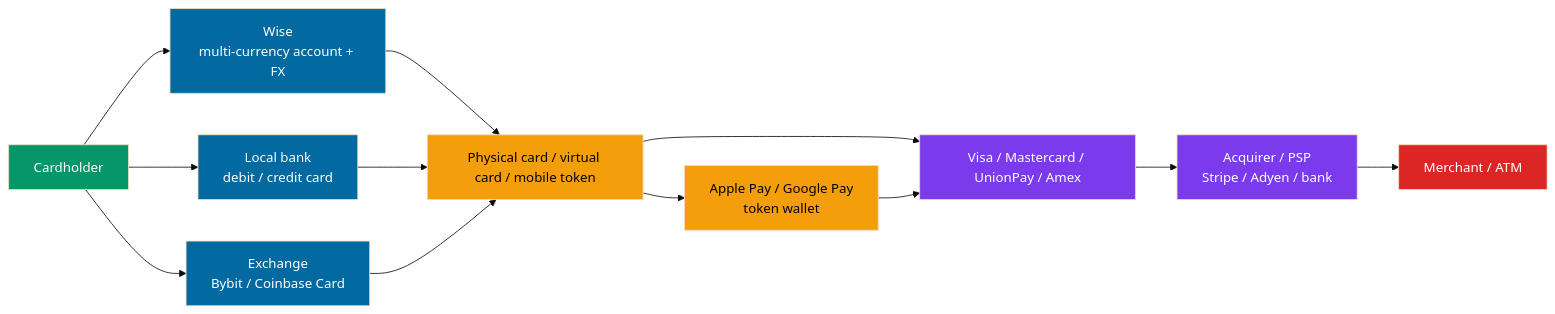
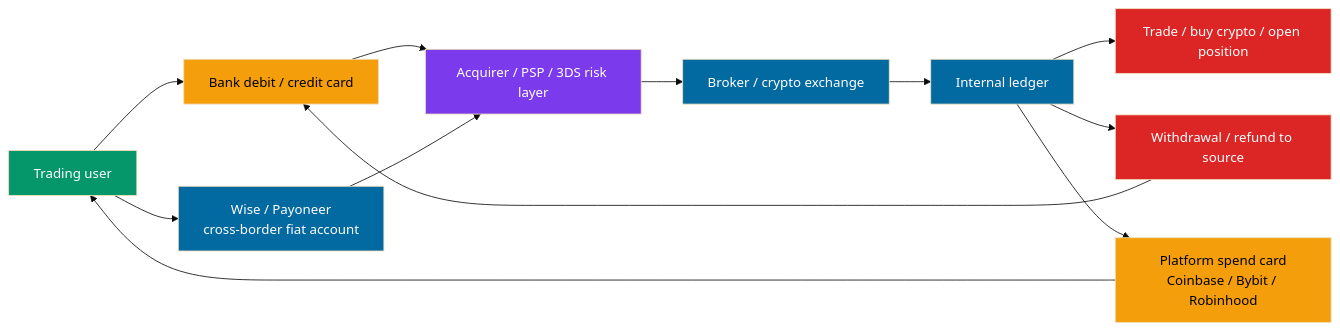
The sixth of 9 diagrams in en/04-relationships/04-visual-graph.md (StrangeXin/trading-platforms-atlas), drawn with Mermaid (base theme) before and after one commit. The commit also changed other lines of this file and 7 other files, not shown here.

````diff
--- a/en/04-relationships/04-visual-graph.md
+++ b/en/04-relationships/04-visual-graph.md
@@ -198,36 +198,30 @@
 ```mermaid
 flowchart LR
-  USER[Cardholder]
-  WISE[Wise<br/>multi-currency account + FX]
-  BANK[Local bank<br/>debit / credit card]
-  CRYPTO[Exchange<br/>Bybit / Coinbase Card]
-  WALLET[Apple Pay / Google Pay<br/>token wallet]
-  CARD[Physical card / virtual card / mobile token]
-  NETWORK[Visa / Mastercard / UnionPay / Amex]
-  ACQ[Acquirer / PSP<br/>Stripe / Adyen / bank]
-  MERCHANT[Merchant / ATM]
+  USER[Trading user]
+  BANKCARD[Bank debit / credit card]
+  WISE[Wise / Payoneer<br/>cross-border fiat account]
+  PSP[Acquirer / PSP / 3DS risk layer]
+  PLATFORM[Broker / crypto exchange]
+  LEDGER[Internal ledger]
+  TRADE[Trade / buy crypto / open position]
+  REFUND[Withdrawal / refund to source]
+  SPENDCARD[Platform spend card<br/>Coinbase / Bybit / Robinhood]
 
-  USER --> WISE
-  USER --> BANK
-  USER --> CRYPTO
-  WISE --> CARD
-  BANK --> CARD
-  CRYPTO --> CARD
-  CARD --> WALLET
-  CARD --> NETWORK
-  WALLET --> NETWORK
-  NETWORK --> ACQ
-  ACQ --> MERCHANT
+  USER --> BANKCARD --> PSP --> PLATFORM
+  USER --> WISE --> PSP
+  PLATFORM --> LEDGER --> TRADE
+  LEDGER --> REFUND --> BANKCARD
+  LEDGER --> SPENDCARD --> USER
 
   classDef user fill:#059669,color:#fff
   classDef account fill:#0369a1,color:#fff
   classDef card fill:#f59e0b,color:#000
   classDef network fill:#7c3aed,color:#fff
   classDef merchant fill:#dc2626,color:#fff
 
   class USER user
-  class WISE,BANK,CRYPTO account
-  class CARD,WALLET card
-  class NETWORK,ACQ network
-  class MERCHANT merchant
+  class WISE,PLATFORM,LEDGER account
+  class BANKCARD,SPENDCARD card
+  class PSP network
+  class TRADE,REFUND merchant
 ```
````
